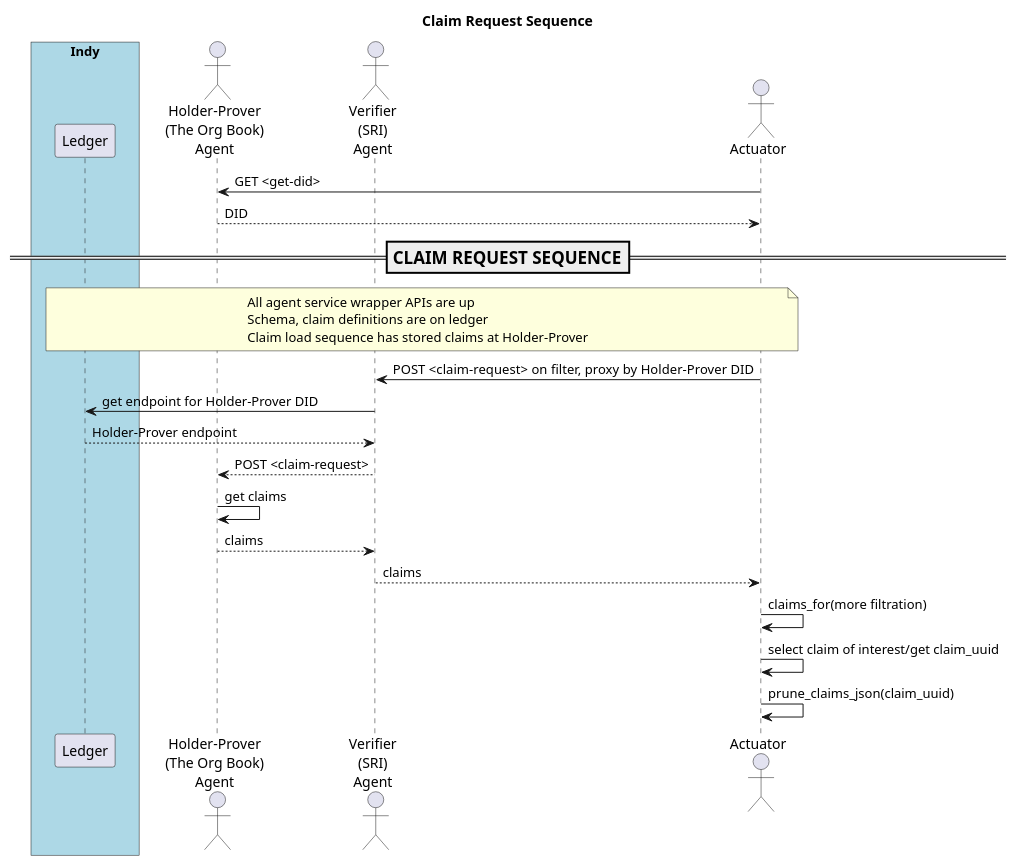
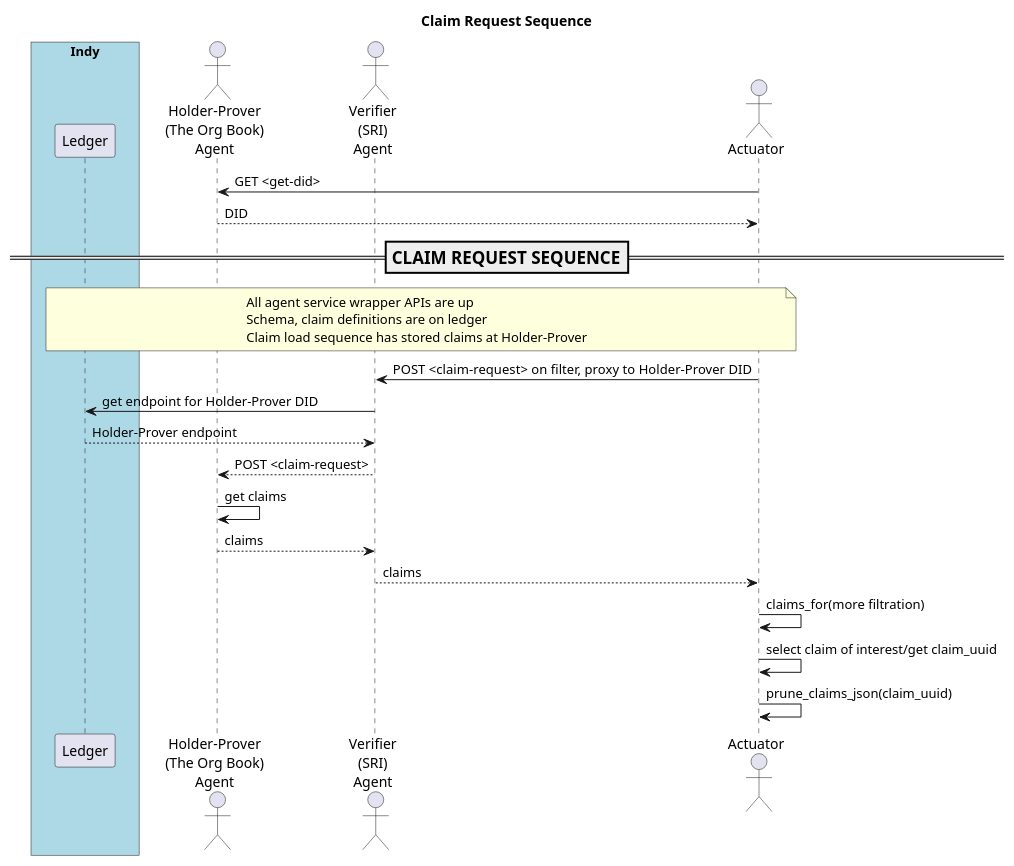
One commit to PSPC-SPAC-buyandsell/von_base changed the diagram in doc/pic/src/claim-request.puml. Above: the diagram before and after it, drawn with PlantUML. The commit also changed 20 other files, not shown here.

Commit message:
allow each issuer to originate one schema (or none)

```diff
--- a/doc/pic/src/claim-request.puml
+++ b/doc/pic/src/claim-request.puml
@@ -1,53 +1,53 @@
 @startuml
 /'
 Copyright 2017 Government of Canada - Public Services and Procurement Canada - buyandsell.gc.ca
 
 Licensed under the Apache License, Version 2.0 (the "License");
 you may not use this file except in compliance with the License.
 You may obtain a copy of the License at
 
 http://www.apache.org/licenses/LICENSE-2.0
 
 Unless required by applicable law or agreed to in writing, software
 distributed under the License is distributed on an "AS IS" BASIS,
 WITHOUT WARRANTIES OR CONDITIONS OF ANY KIND, either express or implied.
 See the License for the specific language governing permissions and
 limitations under the License.
 '/
 
 skinparam ParticipantPadding 20
 skinparam BoxPadding 20
 
 title Claim Request Sequence
 
 box "Indy" #LightBlue
     participant "Ledger" as ledger
 endbox
 
 actor "Holder-Prover\n(The Org Book)\nAgent" as obag
 actor "Verifier\n(SRI)\nAgent" as sag
 actor "Actuator" as ator
 
 ator -> obag: GET <get-did>
 obag --> ator: DID
 
 === CLAIM REQUEST SEQUENCE ==
 note over ledger, ator
 All agent service wrapper APIs are up
 Schema, claim definitions are on ledger
 Claim load sequence has stored claims at Holder-Prover
 endnote
 
-ator -> sag: POST <claim-request> on filter, proxy by Holder-Prover DID
+ator -> sag: POST <claim-request> on filter, proxy to Holder-Prover DID
 sag -> ledger: get endpoint for Holder-Prover DID
 ledger --> sag: Holder-Prover endpoint
 sag --> obag: POST <claim-request>
 obag -> obag: get claims
 obag --> sag: claims
 sag --> ator:  claims
 
 ator -> ator: claims_for(more filtration)
 ator -> ator: select claim of interest/get claim_uuid
 ator -> ator: prune_claims_json(claim_uuid)
 
 @enduml
```
